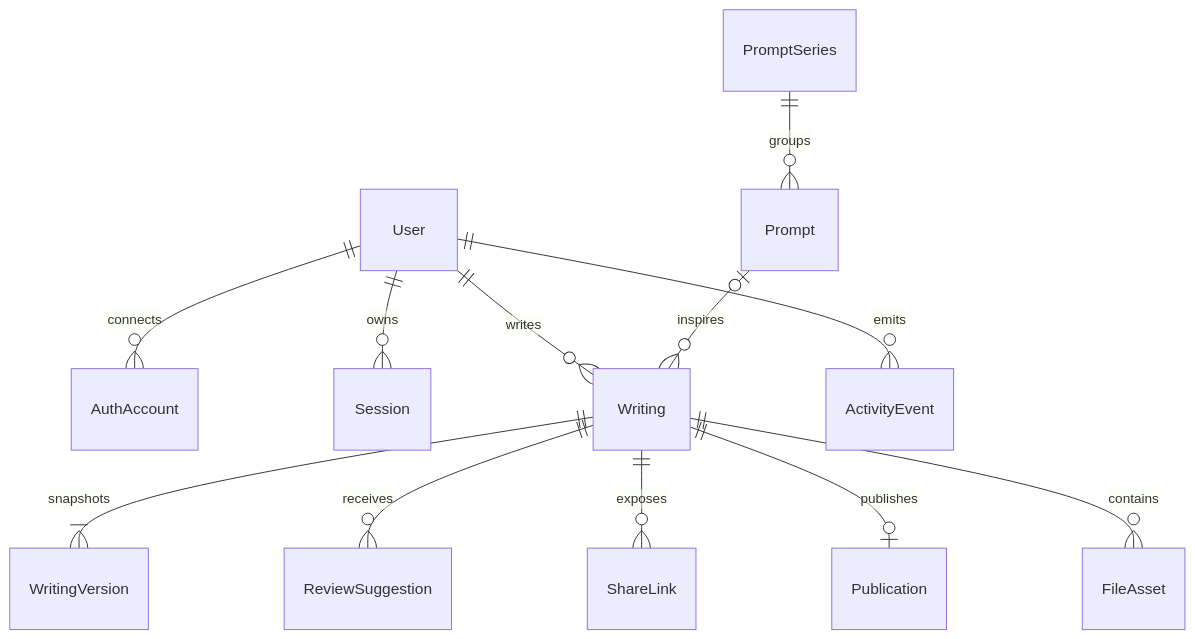
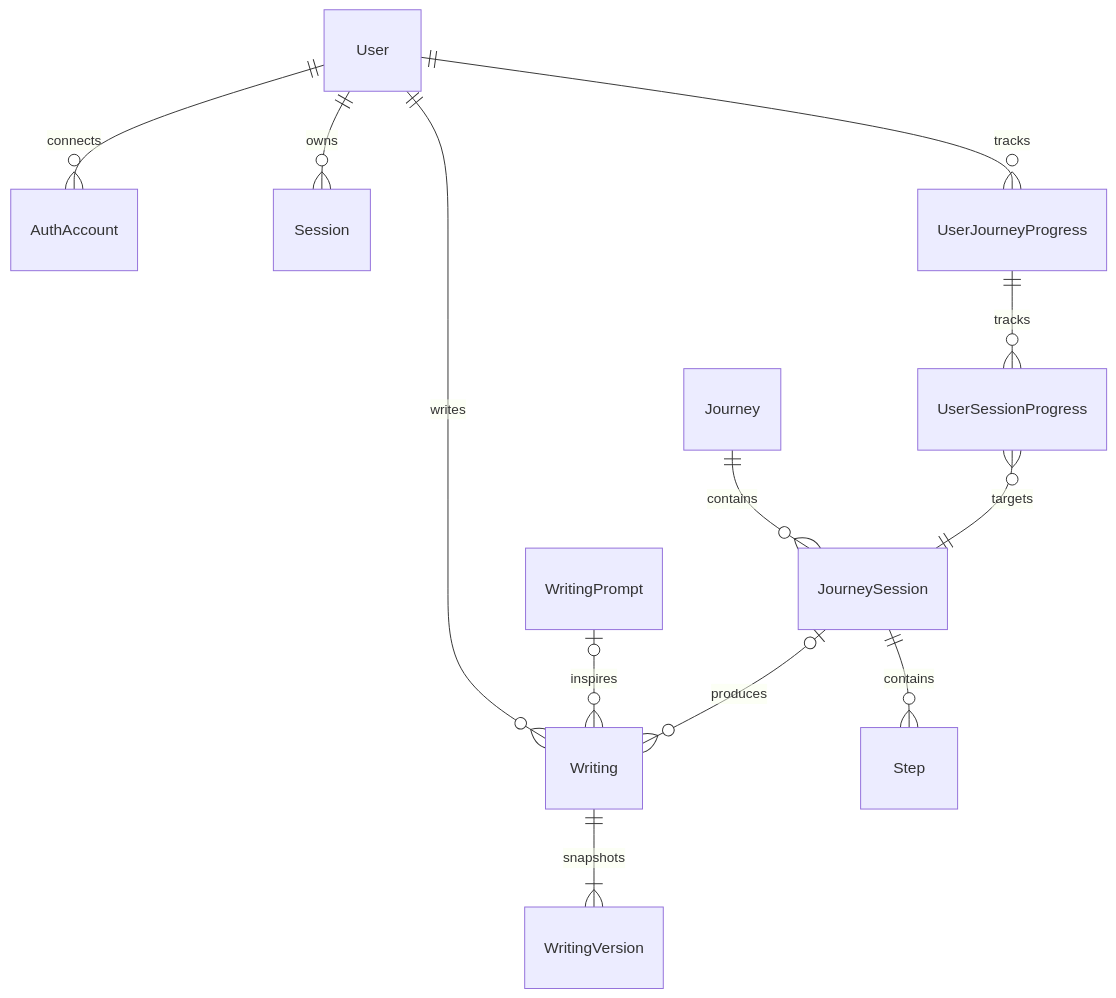
The diagram in docs/03-architecture/diagrams/domain-relationship.md (qaws7791/writing-app), drawn with Mermaid before and after one commit. The commit also changed other lines of this file and 16 other files, not shown here.

Commit message:
architecture 문서 PRD 기준으로 업데이트

````diff
--- a/docs/03-architecture/diagrams/domain-relationship.md
+++ b/docs/03-architecture/diagrams/domain-relationship.md
@@ -10,14 +10,14 @@
 ```mermaid
 erDiagram
     User ||--o{ AuthAccount : connects
     User ||--o{ Session : owns
     User ||--o{ Writing : writes
-    User ||--o{ ActivityEvent : emits
-    PromptSeries ||--o{ Prompt : groups
-    Prompt o|--o{ Writing : inspires
+    User ||--o{ UserJourneyProgress : tracks
+    Journey ||--o{ JourneySession : contains
+    JourneySession ||--o{ Step : contains
+    UserJourneyProgress ||--o{ UserSessionProgress : tracks
+    UserSessionProgress }o--|| JourneySession : targets
+    WritingPrompt o|--o{ Writing : inspires
+    JourneySession o|--o{ Writing : produces
     Writing ||--|{ WritingVersion : snapshots
-    Writing ||--o{ ReviewSuggestion : receives
-    Writing ||--o{ ShareLink : exposes
-    Writing ||--o| Publication : publishes
-    Writing ||--o{ FileAsset : contains
 ```
````
